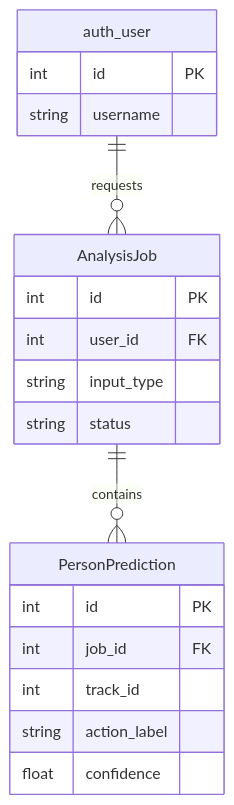
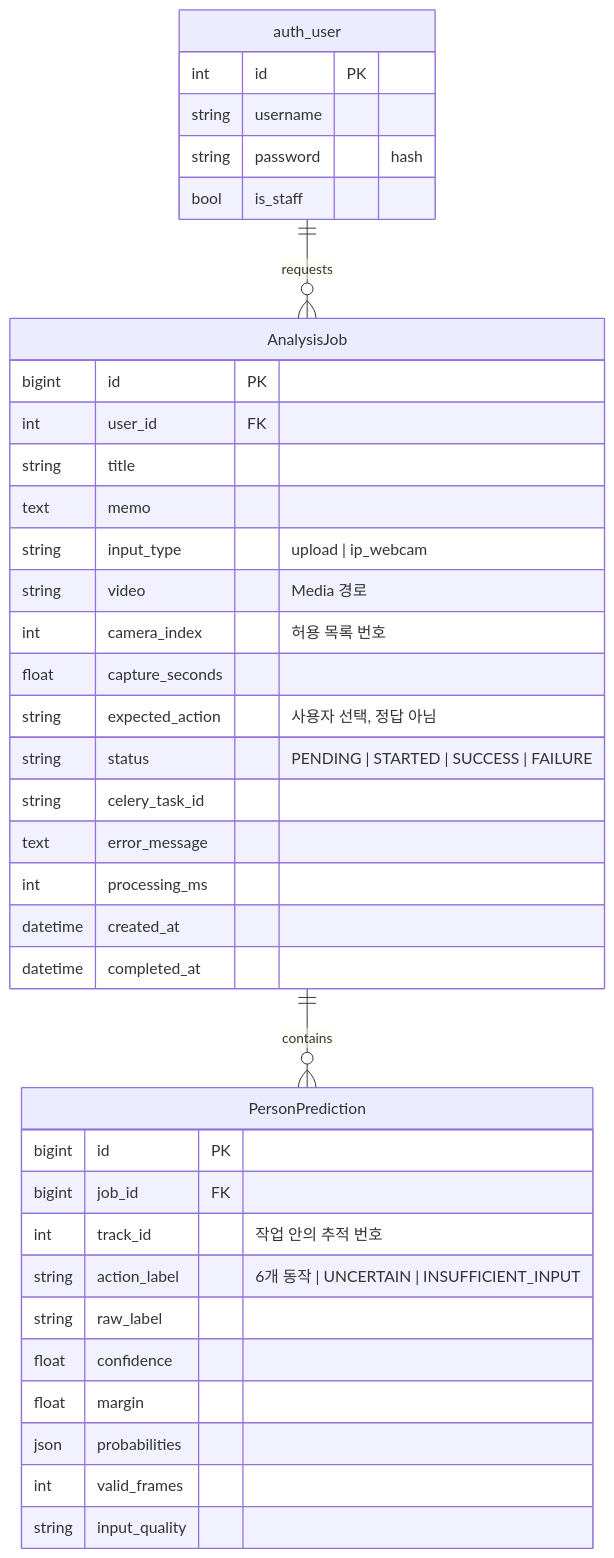
Before and after one commit to simpson92/vision_action_platform: the second of 3 diagrams in README.md, drawn with Mermaid. The commit also changed other lines of this file and 59 other files, not shown here.

````diff
--- a/README.md
+++ b/README.md
@@ -64,22 +106,40 @@
 ```mermaid
 erDiagram
-    auth_user ||--o{ AnalysisJob : requests
-    AnalysisJob ||--o{ PersonPrediction : contains
+    auth_user ||--o{ AnalysisJob : "requests"
+    AnalysisJob ||--o{ PersonPrediction : "contains"
     auth_user {
         int id PK
         string username
+        string password "hash"
+        bool is_staff
     }
     AnalysisJob {
-        int id PK
+        bigint id PK
         int user_id FK
-        string input_type
-        string status
+        string title
+        text memo
+        string input_type "upload | ip_webcam"
+        string video "Media 경로"
+        int camera_index "허용 목록 번호"
+        float capture_seconds
+        string expected_action "사용자 선택, 정답 아님"
+        string status "PENDING | STARTED | SUCCESS | FAILURE"
+        string celery_task_id
+        text error_message
+        int processing_ms
+        datetime created_at
+        datetime completed_at
     }
     PersonPrediction {
-        int id PK
-        int job_id FK
-        int track_id
-        string action_label
+        bigint id PK
+        bigint job_id FK
+        int track_id "작업 안의 추적 번호"
+        string action_label "6개 동작 | UNCERTAIN | INSUFFICIENT_INPUT"
+        string raw_label
         float confidence
+        float margin
+        json probabilities
+        int valid_frames
+        string input_quality
     }
 ```
````
